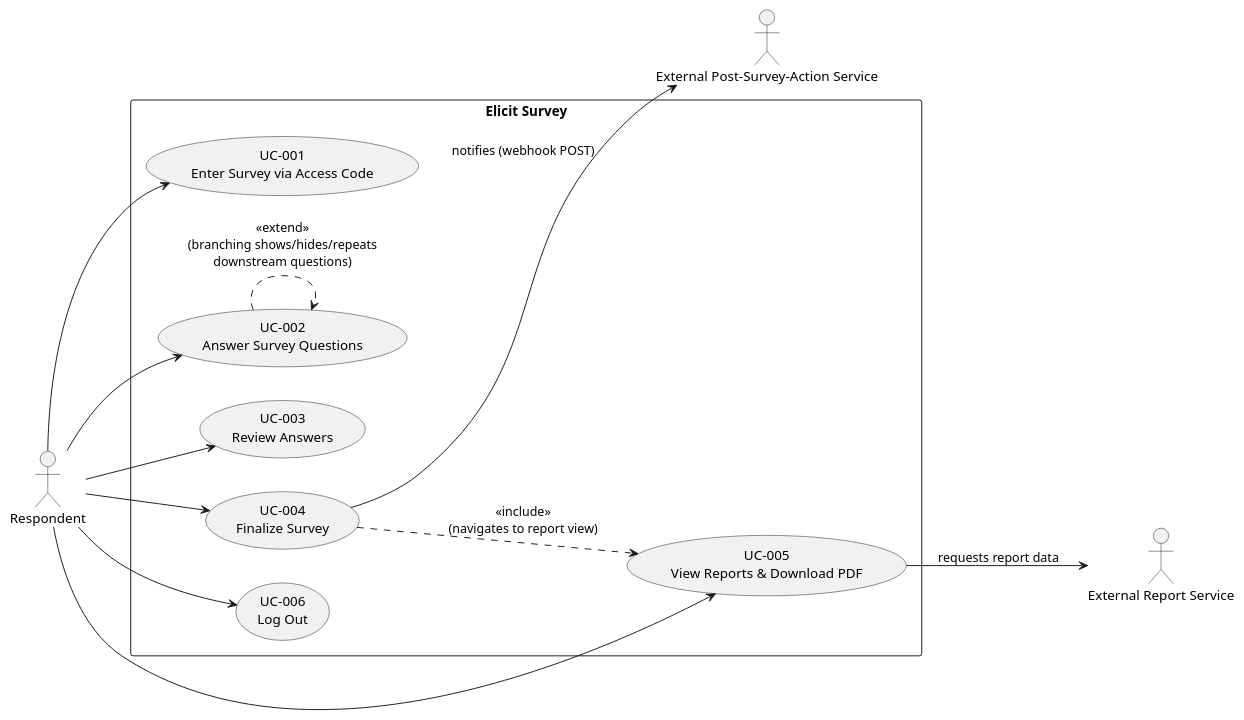
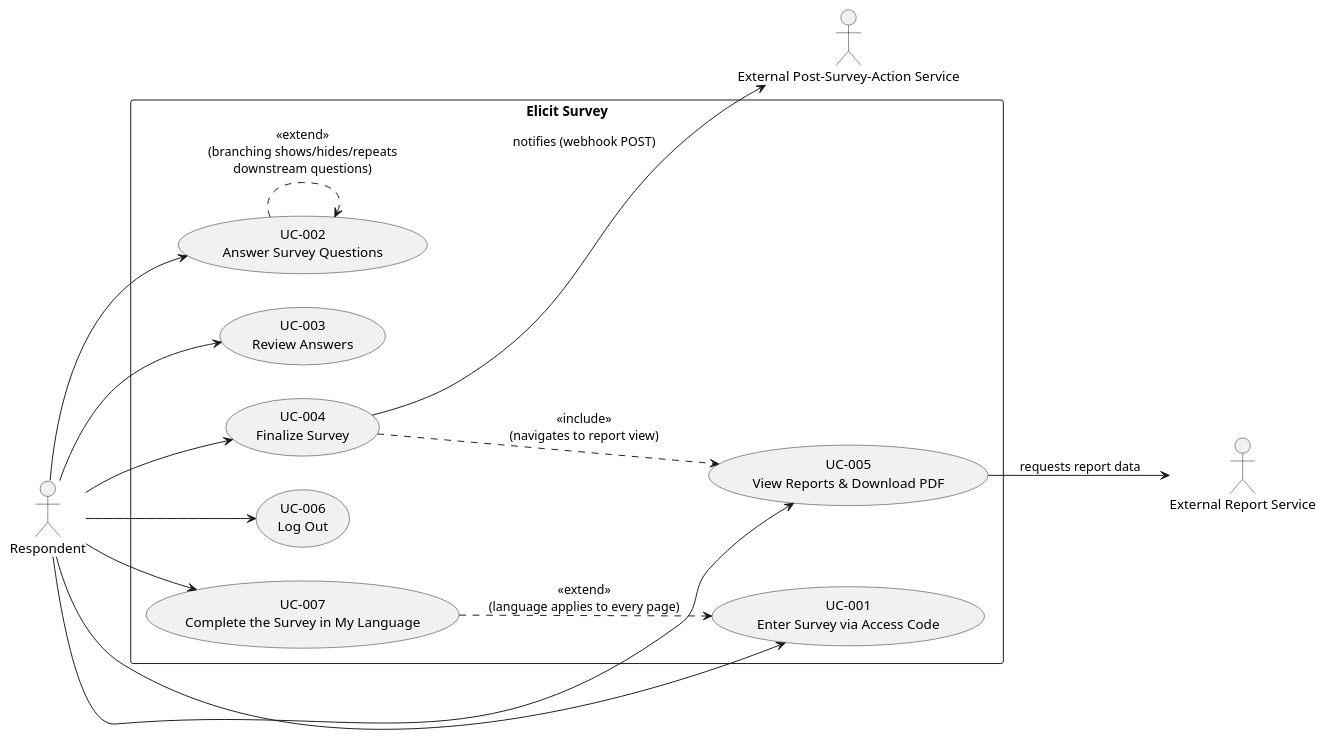
The diagram in docs/use_cases.puml (ElicitSoftware/Survey), drawn with PlantUML before and after one commit. The commit also changed 4 other files, not shown here.

```diff
--- a/docs/use_cases.puml
+++ b/docs/use_cases.puml
@@ -1,31 +1,34 @@
 @startuml
 left to right direction
 skinparam packageStyle rectangle
 
 actor "Respondent" as Respondent
 actor "External Report Service" as ReportSvc
 actor "External Post-Survey-Action Service" as PsaSvc
 
 rectangle "Elicit Survey" {
   usecase "UC-001\nEnter Survey via Access Code" as UC001
   usecase "UC-002\nAnswer Survey Questions" as UC002
   usecase "UC-003\nReview Answers" as UC003
   usecase "UC-004\nFinalize Survey" as UC004
   usecase "UC-005\nView Reports & Download PDF" as UC005
   usecase "UC-006\nLog Out" as UC006
+  usecase "UC-007\nComplete the Survey in My Language" as UC007
 }
 
 Respondent --> UC001
 Respondent --> UC002
 Respondent --> UC003
 Respondent --> UC004
 Respondent --> UC005
 Respondent --> UC006
+Respondent --> UC007
 
 UC004 ..> UC005 : <<include>>\n(navigates to report view)
+UC007 ..> UC001 : <<extend>>\n(language applies to every page)
 UC002 ..> UC002 : <<extend>>\n(branching shows/hides/repeats\ndownstream questions)
 
 UC004 --> PsaSvc : notifies (webhook POST)
 UC005 --> ReportSvc : requests report data
 
 @enduml
```
